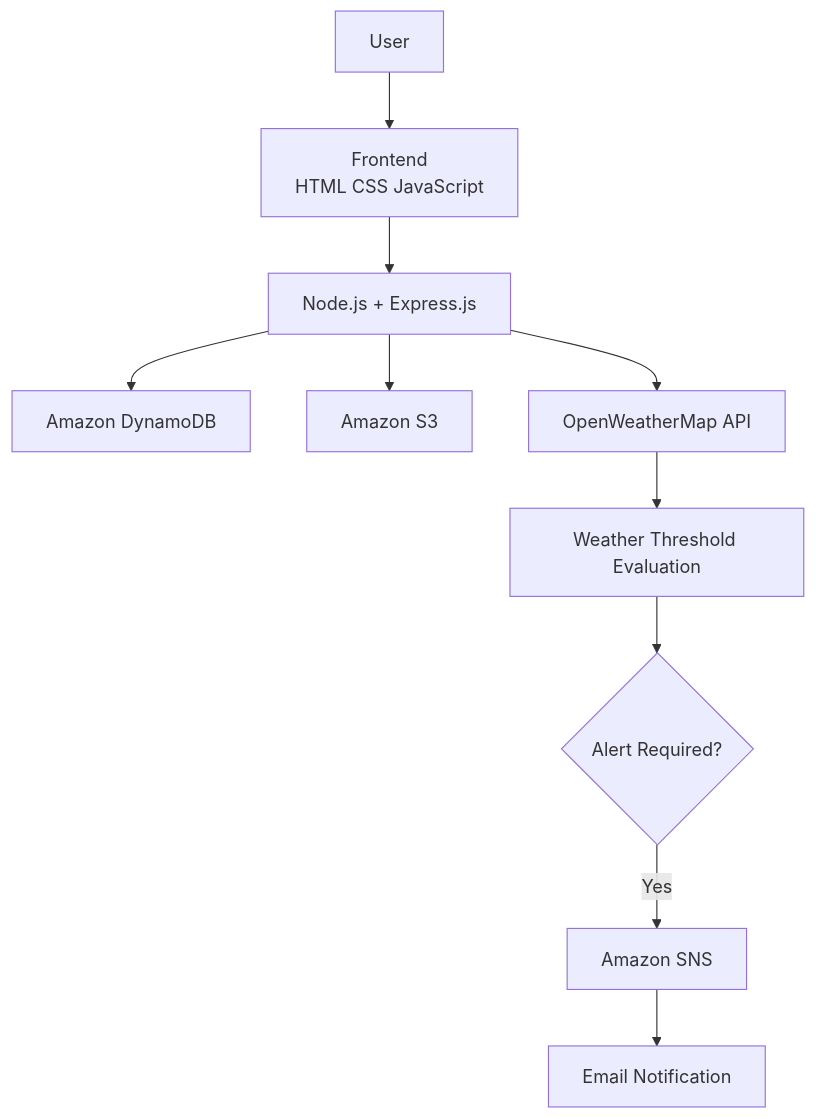
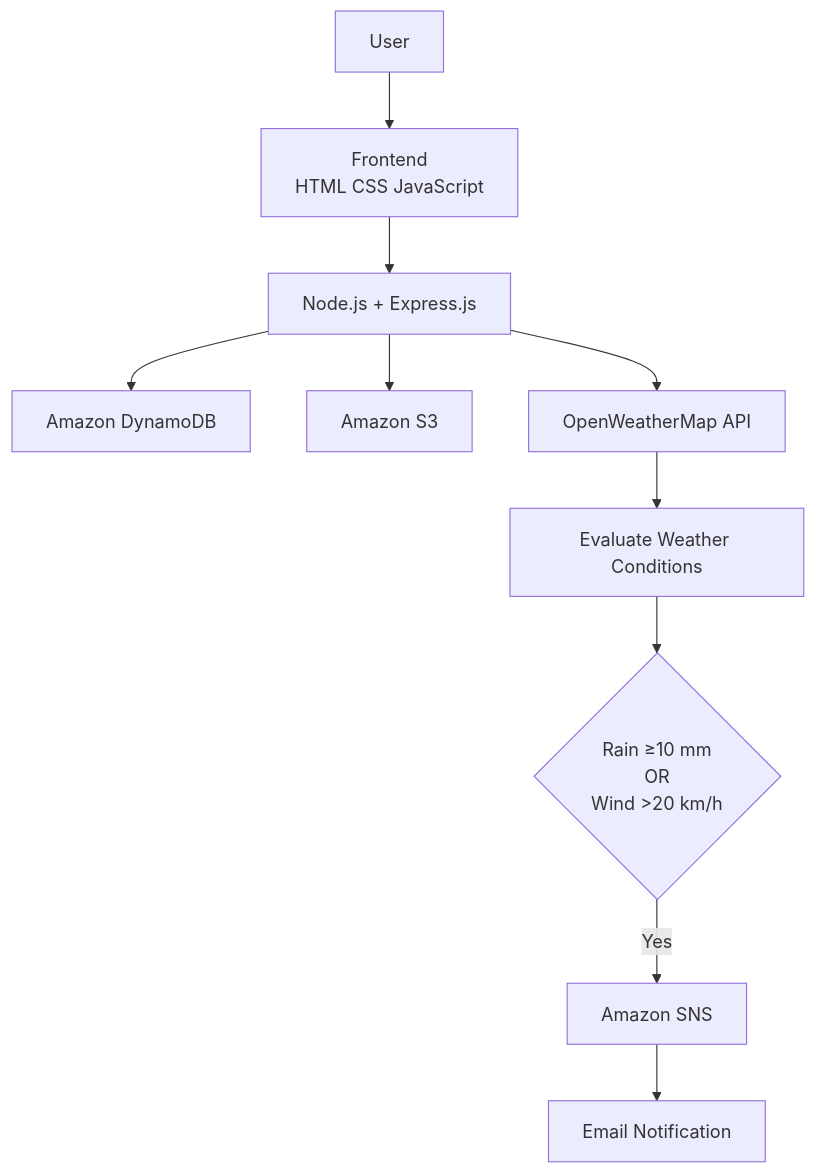
The diagram in README.md (AyushiSahai/Disaster-Alert-System), drawn with Mermaid before and after one commit. The commit also changed other lines of this file, not shown here.

````diff
--- a/README.md
+++ b/README.md
@@ -74,23 +40,23 @@
 ```mermaid
 flowchart TD
 
 A[User]
 
 A --> B[Frontend<br>HTML CSS JavaScript]
 
 B --> C[Node.js + Express.js]
 
 C --> D[Amazon DynamoDB]
 
 C --> E[Amazon S3]
 
 C --> F[OpenWeatherMap API]
 
-F --> G[Weather Threshold Evaluation]
+F --> G[Evaluate Weather Conditions]
 
-G --> H{Alert Required?}
+G --> H{Rain ≥10 mm<br/>OR<br/>Wind >20 km/h}
 
 H -- Yes --> I[Amazon SNS]
 
 I --> J[Email Notification]
 ```
````
